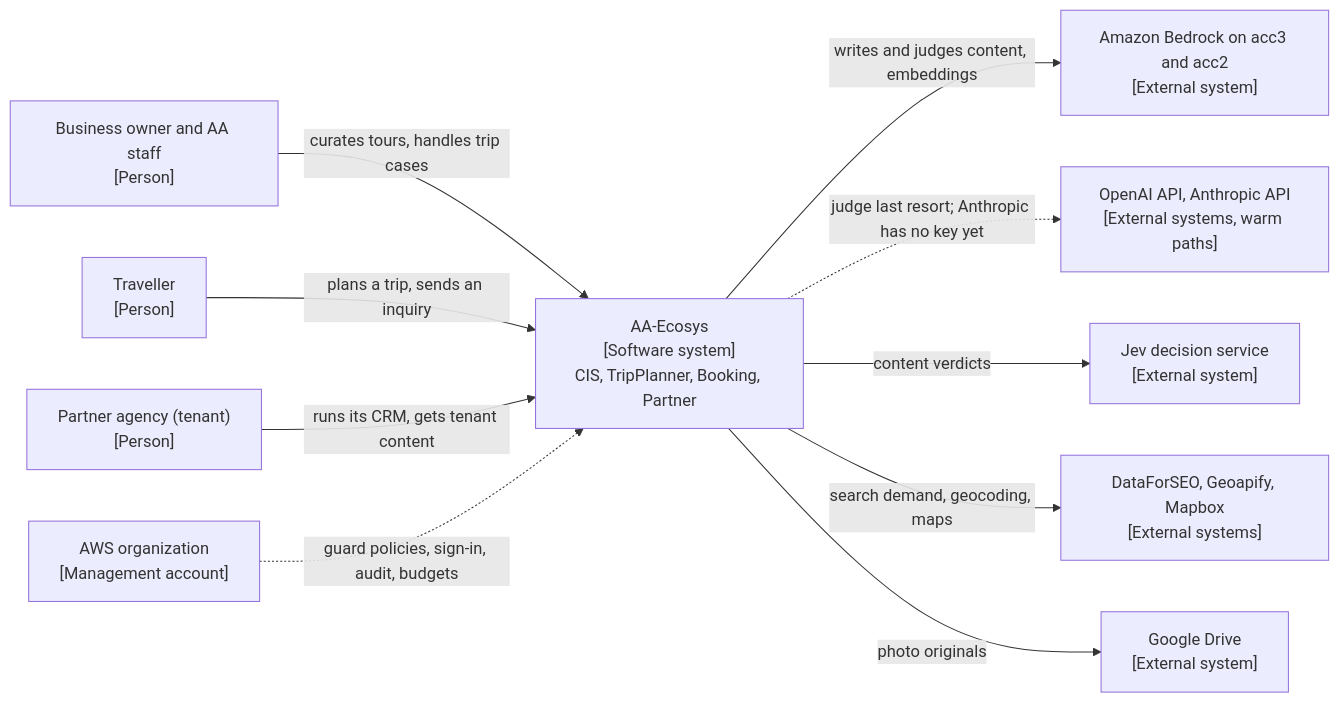
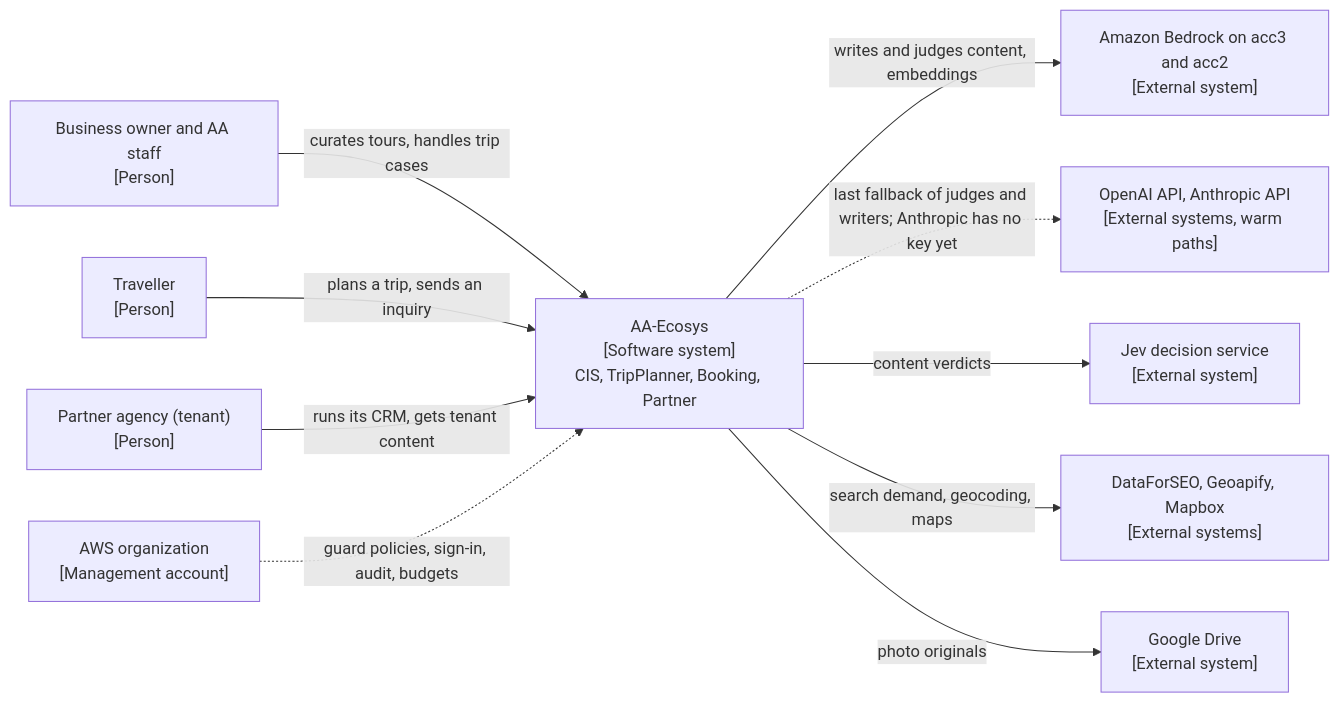
The first of 2 diagrams in docs/guides/cto.md (AdventureAsia365-Ecosys/AA-Ecosys), drawn with Mermaid before and after one commit. The commit also changed 14 other files, not shown here.

First line of the commit message:
docs: architecture docs follow the AI routes and migrations since S263 (CIS 325-346, crm-040)

````diff
--- a/docs/guides/cto.md
+++ b/docs/guides/cto.md
@@ -38,22 +38,22 @@
 ```mermaid
 flowchart LR
   thu["Business owner and AA staff<br/>[Person]"]
   traveller["Traveller<br/>[Person]"]
   partner["Partner agency (tenant)<br/>[Person]"]
   eco["AA-Ecosys<br/>[Software system]<br/>CIS, TripPlanner, Booking, Partner"]
   bedrock["Amazon Bedrock on acc3 and acc2<br/>[External system]"]
   direct["OpenAI API, Anthropic API<br/>[External systems, warm paths]"]
   jev["Jev decision service<br/>[External system]"]
   dfs["DataForSEO, Geoapify, Mapbox<br/>[External systems]"]
   org["AWS organization<br/>[Management account]"]
   drive["Google Drive<br/>[External system]"]
   thu -->|"curates tours, handles trip cases"| eco
   traveller -->|"plans a trip, sends an inquiry"| eco
   partner -->|"runs its CRM, gets tenant content"| eco
   eco -->|"writes and judges content, embeddings"| bedrock
-  eco -.->|"judge last resort; Anthropic has no key yet"| direct
+  eco -.->|"last fallback of judges and writers; Anthropic has no key yet"| direct
   org -.->|"guard policies, sign-in, audit, budgets"| eco
   eco -->|"content verdicts"| jev
   eco -->|"search demand, geocoding, maps"| dfs
   eco -->|"photo originals"| drive
 ```
````
